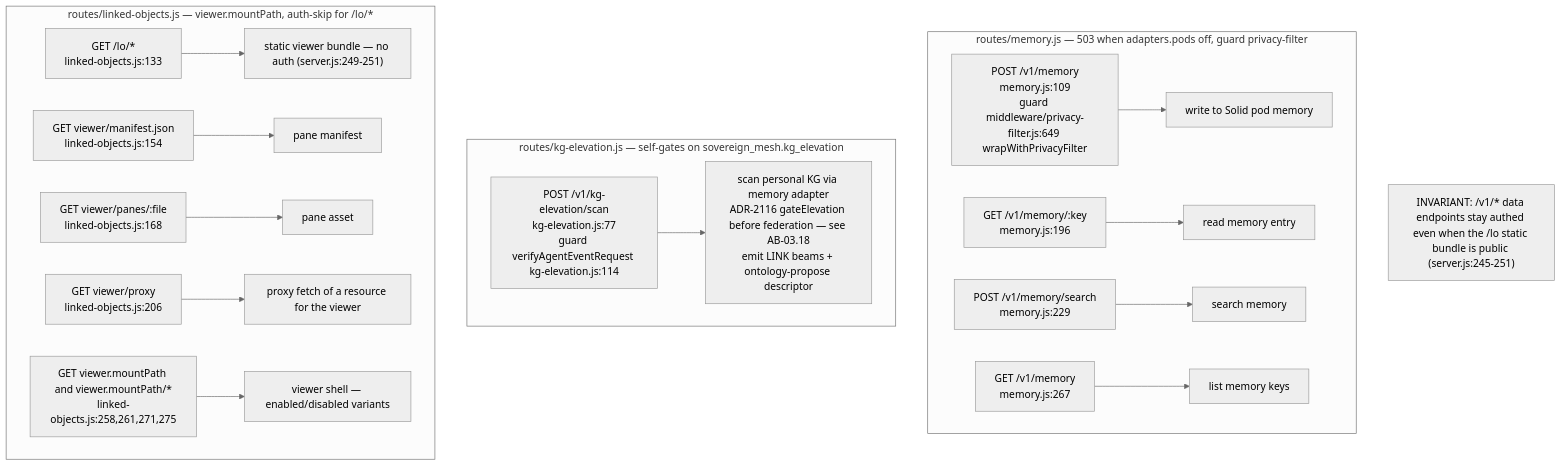
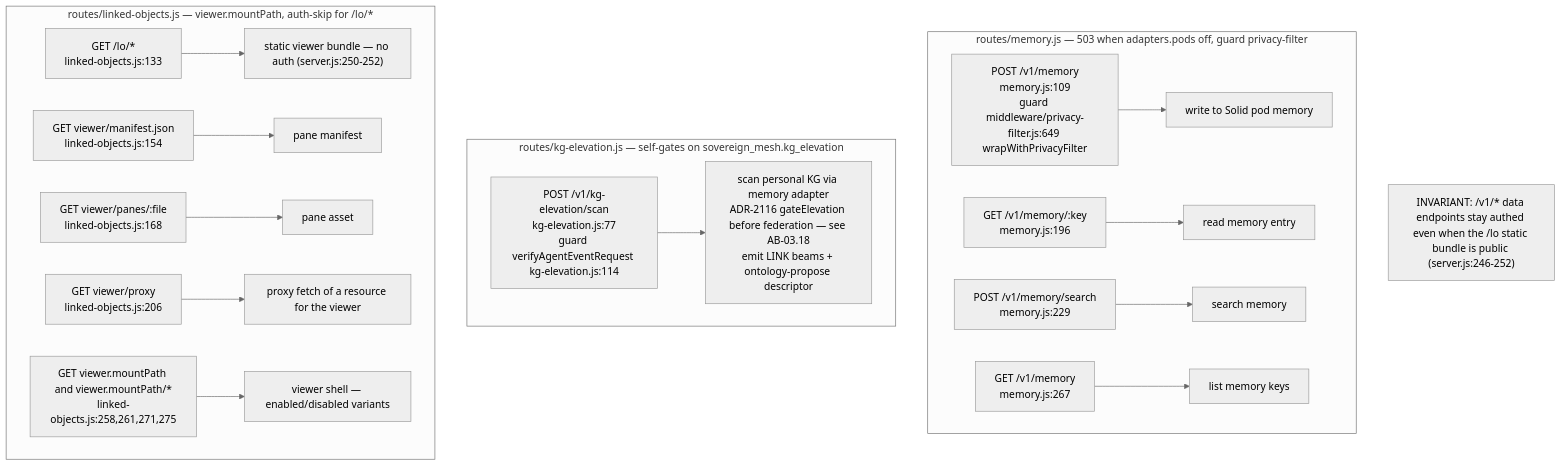
The eighth of 17 diagrams in docs/diagrams/agentbox/03-management-api-request-lifecycle.md (DreamLab-AI/VisionFlow), drawn with Mermaid (neutral theme) before and after one commit. The commit also changed other lines of this file and 17 other files, not shown here.

````diff
--- a/docs/diagrams/agentbox/03-management-api-request-lifecycle.md
+++ b/docs/diagrams/agentbox/03-management-api-request-lifecycle.md
@@ -330,20 +331,20 @@
 ```mermaid
 flowchart TD
     subgraph memory["routes/memory.js — 503 when adapters.pods off, guard privacy-filter"]
         M1["POST /v1/memory<br/>memory.js:109<br/>guard middleware/privacy-filter.js:649 wrapWithPrivacyFilter"] --> MH1["write to Solid pod memory"]
         M2["GET /v1/memory/:key<br/>memory.js:196"] --> MH2["read memory entry"]
         M3["POST /v1/memory/search<br/>memory.js:229"] --> MH3["search memory"]
         M4["GET /v1/memory<br/>memory.js:267"] --> MH4["list memory keys"]
     end
     subgraph kg["routes/kg-elevation.js — self-gates on sovereign_mesh.kg_elevation"]
         K1["POST /v1/kg-elevation/scan<br/>kg-elevation.js:77<br/>guard verifyAgentEventRequest kg-elevation.js:114"] --> KH1["scan personal KG via memory adapter<br/>ADR-2116 gateElevation before federation — see AB-03.18<br/>emit LINK beams + ontology-propose descriptor"]
     end
     subgraph lo["routes/linked-objects.js — viewer.mountPath, auth-skip for /lo/*"]
-        L1["GET /lo/*<br/>linked-objects.js:133"] --> LH1["static viewer bundle — no auth (server.js:249-251)"]
+        L1["GET /lo/*<br/>linked-objects.js:133"] --> LH1["static viewer bundle — no auth (server.js:250-252)"]
         L2["GET viewer/manifest.json<br/>linked-objects.js:154"] --> LH2["pane manifest"]
         L3["GET viewer/panes/:file<br/>linked-objects.js:168"] --> LH3["pane asset"]
         L4["GET viewer/proxy<br/>linked-objects.js:206"] --> LH4["proxy fetch of a resource for the viewer"]
         L5["GET viewer.mountPath and viewer.mountPath/*<br/>linked-objects.js:258,261,271,275"] --> LH5["viewer shell — enabled/disabled variants"]
     end
-    Note1["INVARIANT: /v1/* data endpoints stay authed even when the /lo static bundle is public (server.js:245-251)"]
+    Note1["INVARIANT: /v1/* data endpoints stay authed even when the /lo static bundle is public (server.js:246-252)"]
 ```
````
